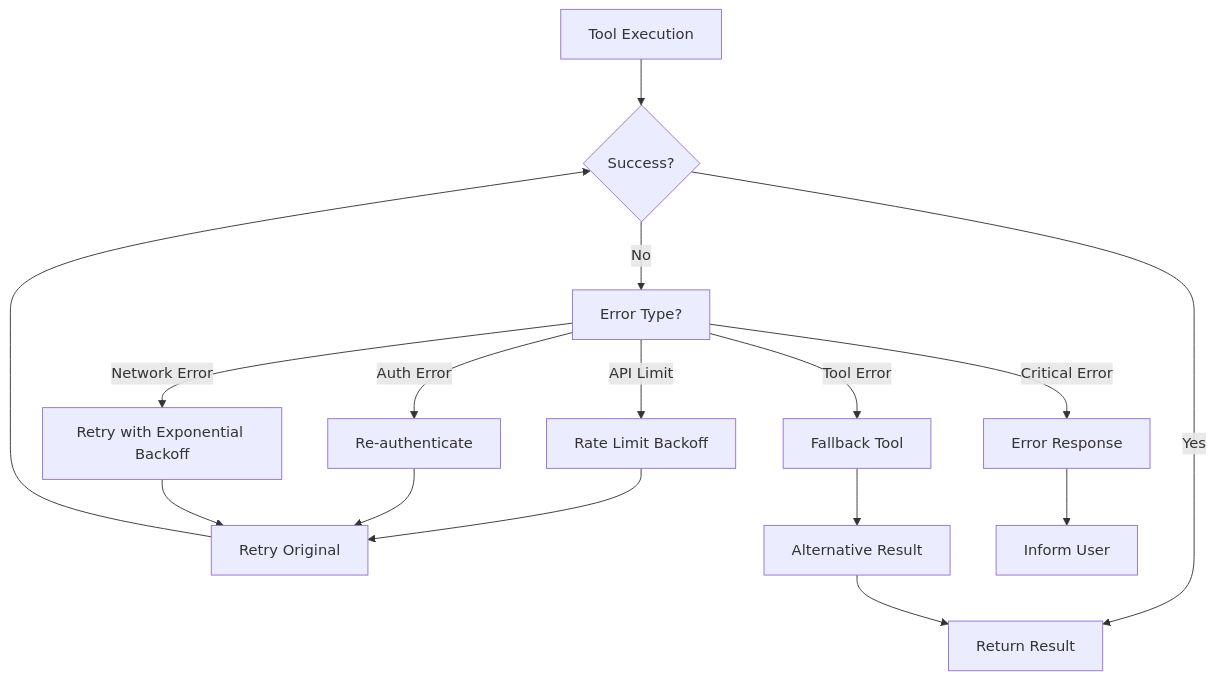
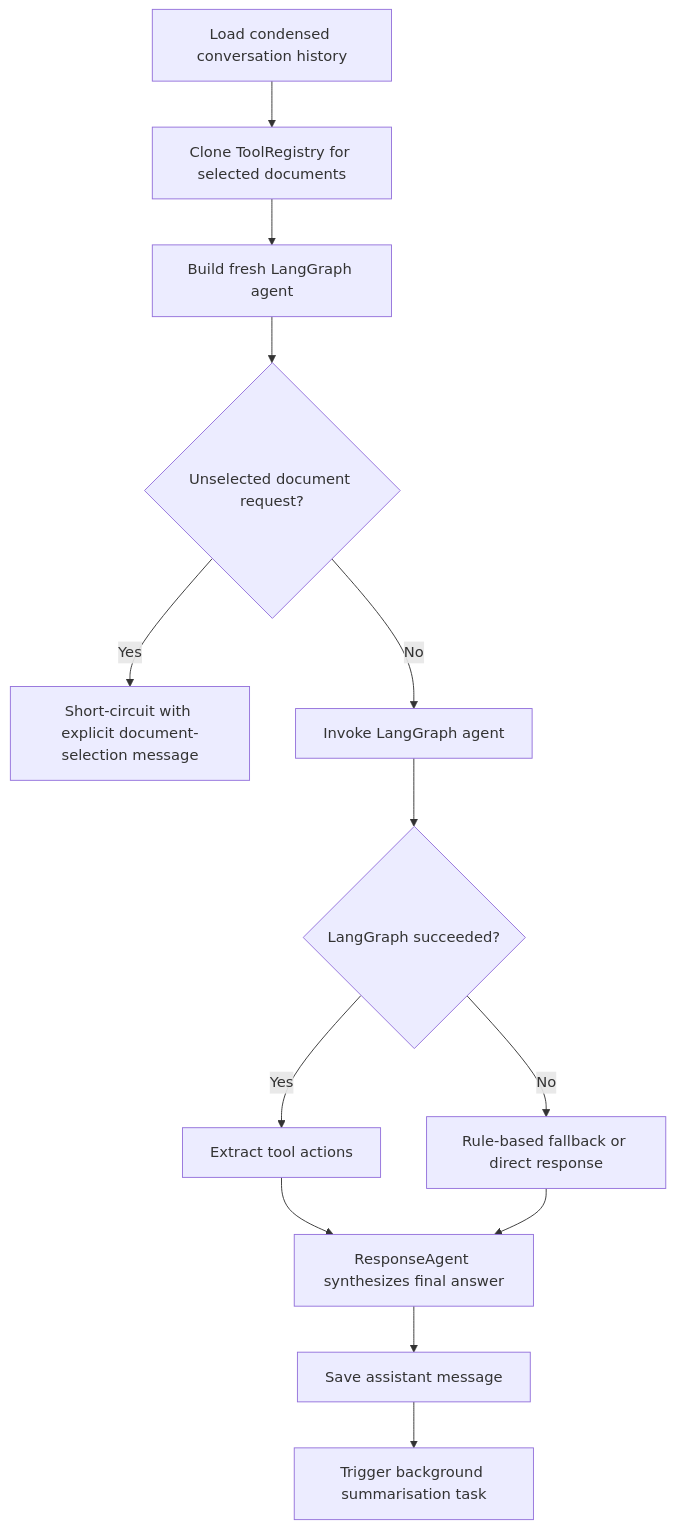
One commit to gtpooniwala/personal-agent changed the second of 4 diagrams in docs/SYSTEM_FLOW.md. Above: the diagram before and after it, drawn with Mermaid. The commit also changed other lines of this file and 17 other files, not shown here.

First line of the commit message:
docs: refresh planning and architecture guidance (#118)

````diff
--- a/docs/SYSTEM_FLOW.md
+++ b/docs/SYSTEM_FLOW.md
@@ -225,20 +27,15 @@
 ```mermaid
-graph TB
-    A[Tool Execution] --> B{Success?}
-    B -->|Yes| C[Return Result]
-    B -->|No| D[Error Type?]
-    D -->|API Limit| E[Rate Limit Backoff]
-    D -->|Auth Error| F[Re-authenticate]
-    D -->|Network Error| G[Retry with Exponential Backoff]
-    D -->|Tool Error| H[Fallback Tool]
-    D -->|Critical Error| I[Error Response]
-    
-    E --> J[Retry Original]
-    F --> J
-    G --> J
-    H --> K[Alternative Result]
-    
-    J --> B
-    K --> C
-    I --> L[Inform User]
+flowchart TB
+    A["Load condensed conversation history"] --> B["Clone ToolRegistry for selected documents"]
+    B --> C["Build fresh LangGraph agent"]
+    C --> D{"Unselected document request?"}
+    D -->|Yes| E["Short-circuit with explicit document-selection message"]
+    D -->|No| F["Invoke LangGraph agent"]
+    F --> G{"LangGraph succeeded?"}
+    G -->|Yes| H["Extract tool actions"]
+    G -->|No| I["Rule-based fallback or direct response"]
+    H --> J["ResponseAgent synthesizes final answer"]
+    I --> J
+    J --> K["Save assistant message"]
+    K --> L["Trigger background summarisation task"]
 ```
````
